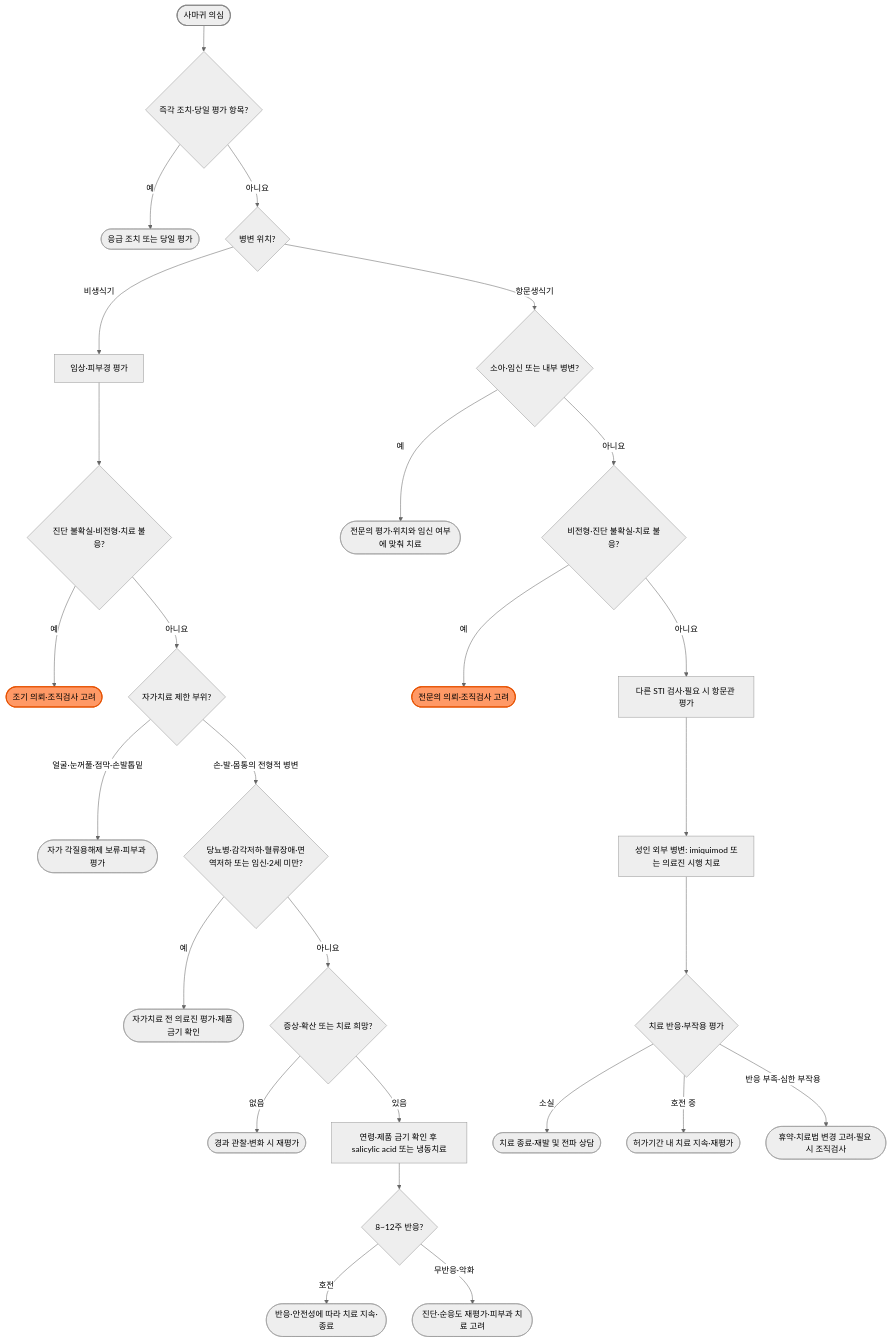
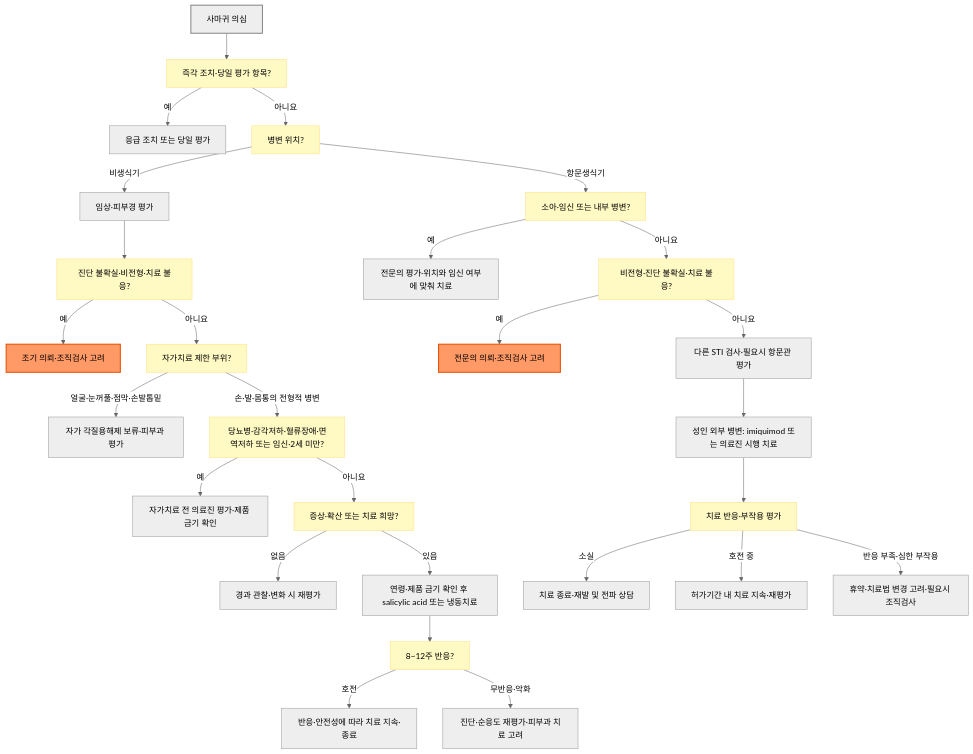
Before and after one commit to familyoh77/familyoh77: the diagram in 229_/182_-wart.md, drawn with Mermaid (neutral theme). The commit also changed other lines of this file and 5 other files, not shown here.

````diff
--- a/229_/182_-wart.md
+++ b/229_/182_-wart.md
@@ -120,35 +121,45 @@
 ```mermaid
 flowchart TD
-    Start(["사마귀 의심"]) --> Urgent{"즉각 조치·당일 평가 항목?"}
-    Urgent -->|"예"| Now(["응급 조치 또는 당일 평가"])
-    Urgent -->|"아니요"| Loc{"병변 위치?"}
+    Start["사마귀 의심"] --> Urgent["즉각 조치·당일 평가 항목?"]
+    Urgent -->|"예"| Now["응급 조치 또는 당일 평가"]
+    Urgent -->|"아니요"| Loc["병변 위치?"]
     Loc -->|"비생식기"| NG["임상·피부경 평가"]
-    Loc -->|"항문생식기"| GS{"소아·임신 또는 내부 병변?"}
-    GS -->|"예"| Spec(["전문의 평가·위치와 임신 여부에 맞춰 치료"])
-    GS -->|"아니요"| GAtyp{"비전형·진단 불확실·치료 불응?"}
+    Loc -->|"항문생식기"| GS["소아·임신 또는 내부 병변?"]
+    GS -->|"예"| Spec["전문의 평가·위치와 임신 여부에 맞춰 치료"]
+    GS -->|"아니요"| GAtyp["비전형·진단 불확실·치료 불응?"]
 
-    NG --> Atyp{"진단 불확실·비전형·치료 불응?"}
-    Atyp -->|"예"| Bx(["조기 의뢰·조직검사 고려"])
-    Atyp -->|"아니요"| Site{"자가치료 제한 부위?"}
-    Site -->|"얼굴·눈꺼풀·점막·손발톱밑"| Special(["자가 각질용해제 보류·피부과 평가"])
-    Site -->|"손·발·몸통의 전형적 병변"| Risk{"당뇨병·감각저하·혈류장애·면역저하 또는 임신·2세 미만?"}
-    Risk -->|"예"| Assess(["자가치료 전 의료진 평가·제품 금기 확인"])
-    Risk -->|"아니요"| Want{"증상·확산 또는 치료 희망?"}
-    Want -->|"없음"| Obs(["경과 관찰·변화 시 재평가"])
+    NG --> Atyp["진단 불확실·비전형·치료 불응?"]
+    Atyp -->|"예"| Bx["조기 의뢰·조직검사 고려"]
+    Atyp -->|"아니요"| Site["자가치료 제한 부위?"]
+    Site -->|"얼굴·눈꺼풀·점막·손발톱밑"| Special["자가 각질용해제 보류·피부과 평가"]
+    Site -->|"손·발·몸통의 전형적 병변"| Risk["당뇨병·감각저하·혈류장애·면역저하 또는 임신·2세 미만?"]
+    Risk -->|"예"| Assess["자가치료 전 의료진 평가·제품 금기 확인"]
+    Risk -->|"아니요"| Want["증상·확산 또는 치료 희망?"]
+    Want -->|"없음"| Obs["경과 관찰·변화 시 재평가"]
     Want -->|"있음"| L1["연령·제품 금기 확인 후 salicylic acid 또는 냉동치료"]
-    L1 --> Resp{"8~12주 반응?"}
-    Resp -->|"호전"| Cont(["반응·안전성에 따라 치료 지속·종료"])
-    Resp -->|"무반응·악화"| L2(["진단·순응도 재평가·피부과 치료 고려"])
+    L1 --> Resp["8~12주 반응?"]
+    Resp -->|"호전"| Cont["반응·안전성에 따라 치료 지속·종료"]
+    Resp -->|"무반응·악화"| L2["진단·순응도 재평가·피부과 치료 고려"]
 
-    GAtyp -->|"예"| GBx(["전문의 의뢰·조직검사 고려"])
-    GAtyp -->|"아니요"| STI["다른 STI 검사·필요 시 항문관 평가"]
+    GAtyp -->|"예"| GBx["전문의 의뢰·조직검사 고려"]
+    GAtyp -->|"아니요"| STI["다른 STI 검사·필요시 항문관 평가"]
     STI --> GTx["성인 외부 병변: imiquimod 또는 의료진 시행 치료"]
-    GTx --> GResp{"치료 반응·부작용 평가"}
-    GResp -->|"소실"| GDone(["치료 종료·재발 및 전파 상담"])
-    GResp -->|"호전 중"| GCont(["허가기간 내 치료 지속·재평가"])
-    GResp -->|"반응 부족·심한 부작용"| Refer(["휴약·치료법 변경 고려·필요 시 조직검사"])
+    GTx --> GResp["치료 반응·부작용 평가"]
+    GResp -->|"소실"| GDone["치료 종료·재발 및 전파 상담"]
+    GResp -->|"호전 중"| GCont["허가기간 내 치료 지속·재평가"]
+    GResp -->|"반응 부족·심한 부작용"| Refer["휴약·치료법 변경 고려·필요시 조직검사"]
 
     style Start fill:#eeeeee,stroke:#888888,stroke-width:2px
+    style Urgent fill:#fff9c4,stroke:#ffe082
+    style Loc fill:#fff9c4,stroke:#ffe082
+    style GS fill:#fff9c4,stroke:#ffe082
+    style GAtyp fill:#fff9c4,stroke:#ffe082
+    style Atyp fill:#fff9c4,stroke:#ffe082
+    style Site fill:#fff9c4,stroke:#ffe082
+    style Risk fill:#fff9c4,stroke:#ffe082
+    style Want fill:#fff9c4,stroke:#ffe082
+    style Resp fill:#fff9c4,stroke:#ffe082
+    style GResp fill:#fff9c4,stroke:#ffe082
     style Bx fill:#f96,stroke:#e65100,stroke-width:2px
     style GBx fill:#f96,stroke:#e65100,stroke-width:2px
 ```
````
